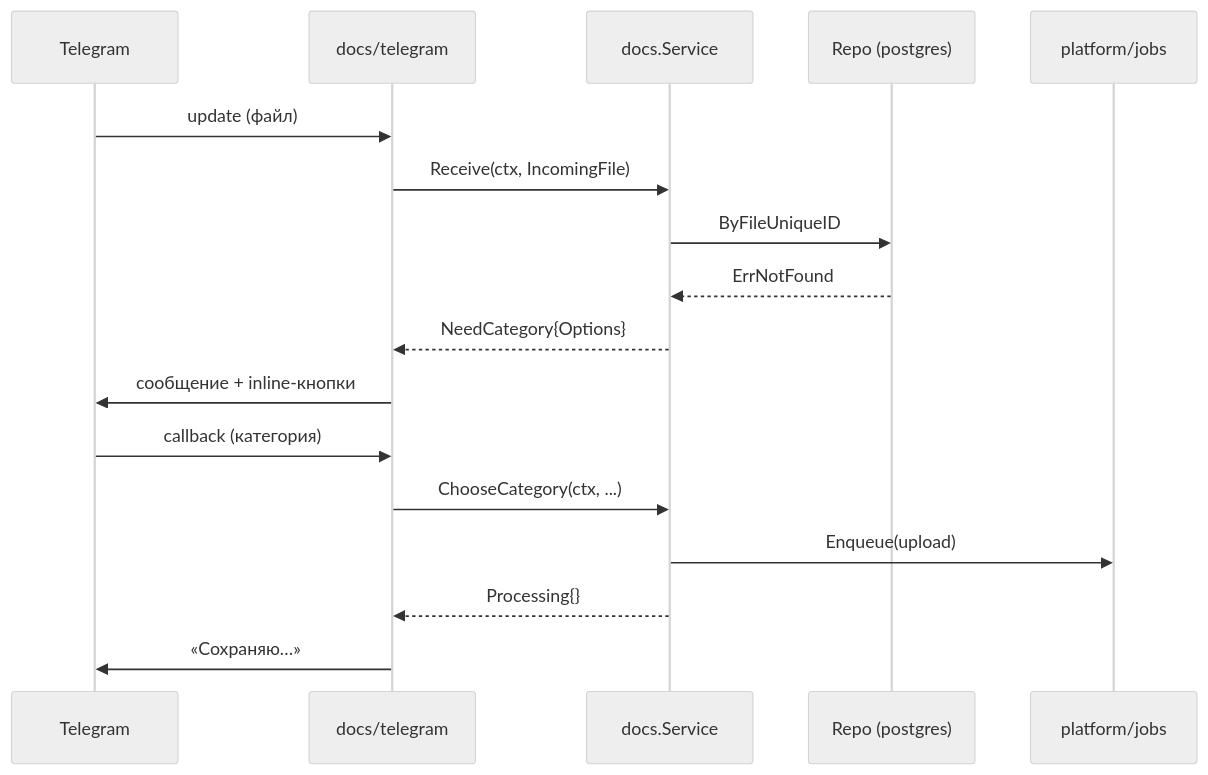
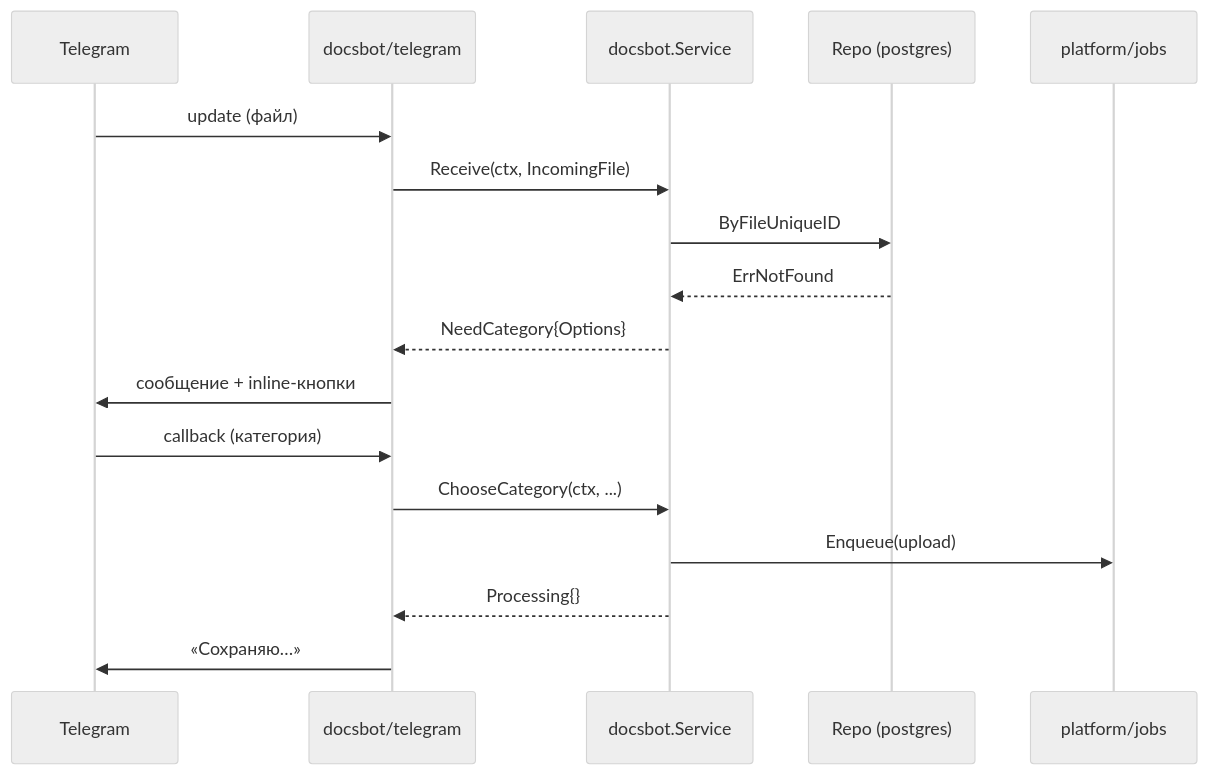
The second of 3 diagrams in docs/code_conventions.md (alexe0110/most-app), drawn with Mermaid (neutral theme) before and after one commit. The commit also changed other lines of this file and 11 other files, not shown here.

````diff
--- a/docs/code_conventions.md
+++ b/docs/code_conventions.md
@@ -127,20 +127,20 @@
 ```mermaid
 sequenceDiagram
     participant TG as Telegram
-    participant H as docs/telegram
-    participant S as docs.Service
+    participant H as docsbot/telegram
+    participant S as docsbot.Service
     participant R as Repo (postgres)
     participant Q as platform/jobs
 
     TG->>H: update (файл)
     H->>S: Receive(ctx, IncomingFile)
     S->>R: ByFileUniqueID
     R-->>S: ErrNotFound
     S-->>H: NeedCategory{Options}
     H->>TG: сообщение + inline-кнопки
     TG->>H: callback (категория)
     H->>S: ChooseCategory(ctx, ...)
     S->>Q: Enqueue(upload)
     S-->>H: Processing{}
     H->>TG: «Сохраняю…»
 ```
````
